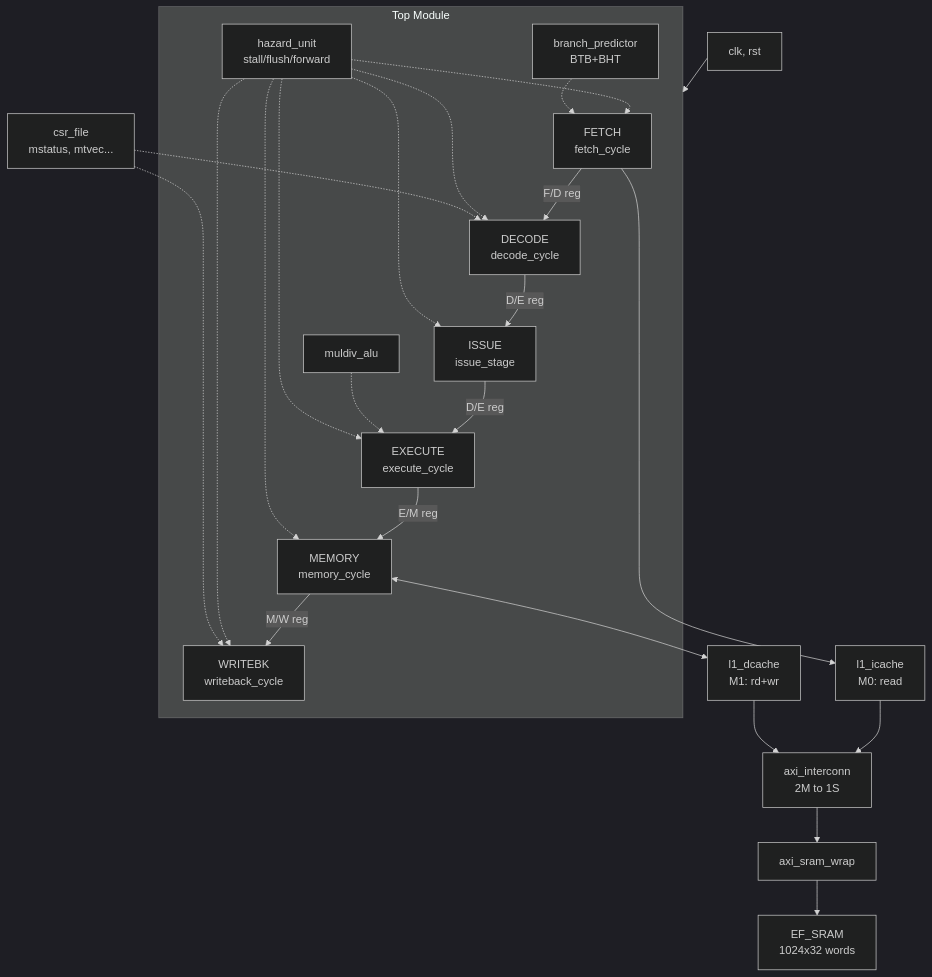
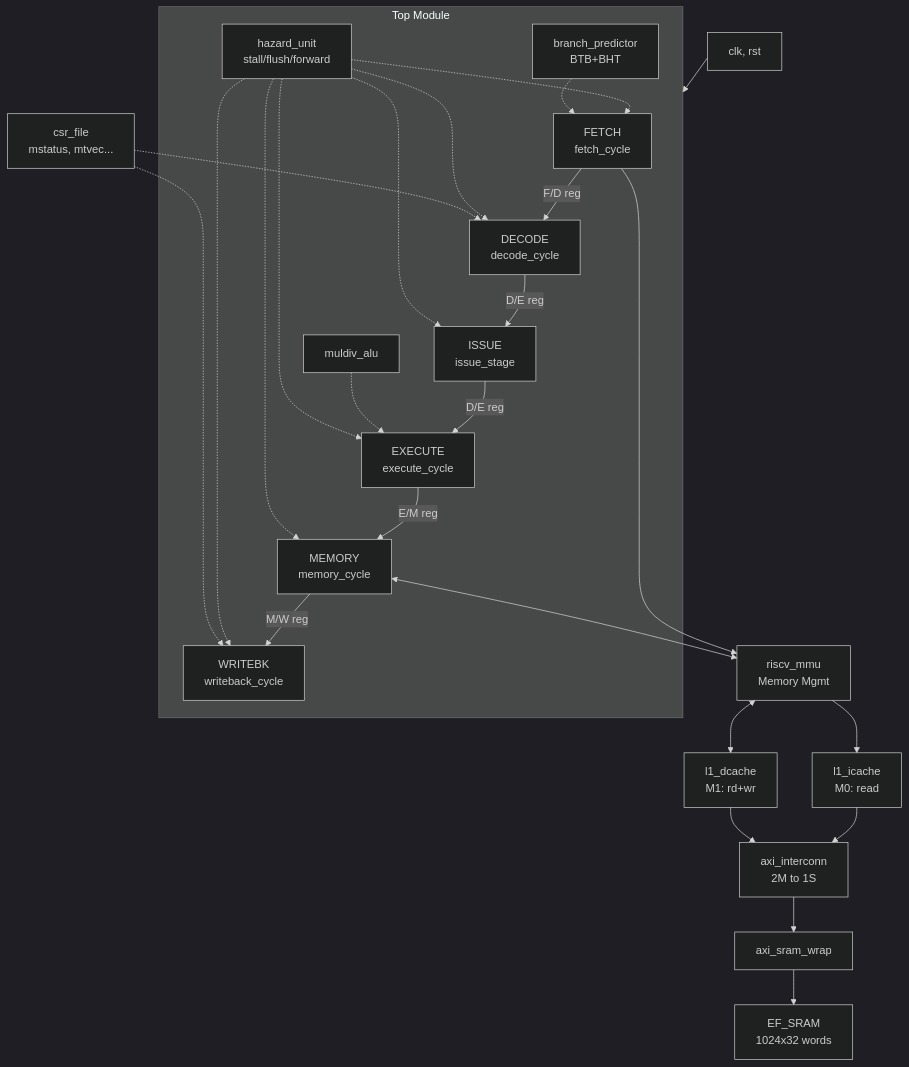
Before and after one commit to ngobinh1/SRAM_RV32IMZ_MCU-with-UVM: the first of 23 diagrams in docs/spec.md, drawn with Mermaid (dark theme). The commit also changed 7 other files, not shown here.

````diff
--- a/docs/spec.md
+++ b/docs/spec.md
@@ -35,36 +35,41 @@
 ```mermaid
 graph TD
     clk[clk, rst] --> TOP[riscv_pipeline_top]
     
     subgraph TOP[Top Module]
         IF[FETCH<br>fetch_cycle] -->|F/D reg| ID[DECODE<br>decode_cycle]
         ID -->|D/E reg| ISS[ISSUE<br>issue_stage]
         ISS -->|D/E reg| EX[EXECUTE<br>execute_cycle]
         EX -->|E/M reg| MEM[MEMORY<br>memory_cycle]
         MEM -->|M/W reg| WB[WRITEBK<br>writeback_cycle]
         
         MULDIV[muldiv_alu] -.-> EX
         
         HZ[hazard_unit<br>stall/flush/forward]
         HZ -.-> IF
         HZ -.-> ID
         HZ -.-> ISS
         HZ -.-> EX
         HZ -.-> MEM
         HZ -.-> WB
         
         BP[branch_predictor<br>BTB+BHT] -.-> IF
     end
     
-    IF --> IC[l1_icache<br>M0: read]
-    MEM <--> DC[l1_dcache<br>M1: rd+wr]
+    MMU[riscv_mmu<br>Memory Mgmt]
+    
+    IF --> MMU
+    MEM <--> MMU
+    
+    MMU --> IC[l1_icache<br>M0: read]
+    MMU <--> DC[l1_dcache<br>M1: rd+wr]
     
     IC --> AXI[axi_interconn<br>2M to 1S]
     DC --> AXI
     
     AXI --> SRAM_W[axi_sram_wrap]
     SRAM_W --> SRAM[EF_SRAM<br>1024x32 words]
     
     CSR[csr_file<br>mstatus, mtvec...] -.-> ID
     CSR -.-> WB
 ```
````
